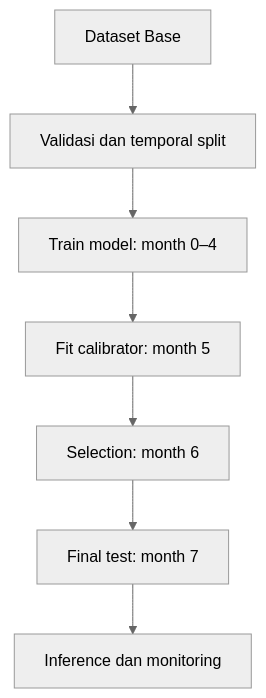
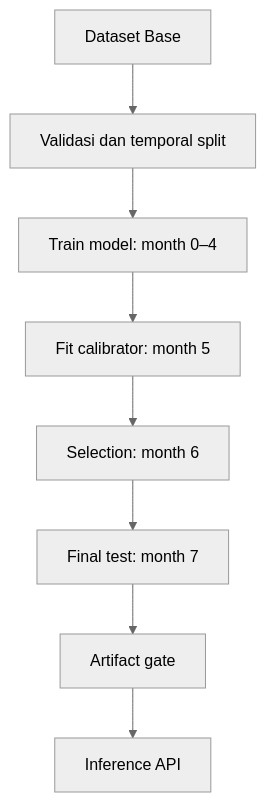
One commit to SYFDNNN/fraudshield changed the first of 2 diagrams in docs/architecture.md. Above: the diagram before and after it, drawn with Mermaid (neutral theme). The commit also changed other lines of this file and 23 other files, not shown here.

Commit message:
serve: add inference API and Streamlit demo

````diff
--- a/docs/architecture.md
+++ b/docs/architecture.md
@@ -6,9 +6,10 @@
 ```mermaid
 flowchart TD
     A["Dataset Base"] --> B["Validasi dan temporal split"]
     B --> C["Train model: month 0–4"]
     C --> D["Fit calibrator: month 5"]
     D --> E["Selection: month 6"]
     E --> F["Final test: month 7"]
-    F --> G["Inference dan monitoring"]
+    F --> G["Artifact gate"]
+    G --> H["Inference API"]
 ```
````
